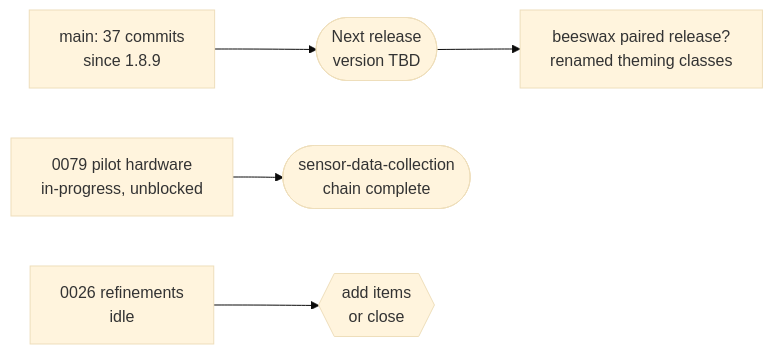
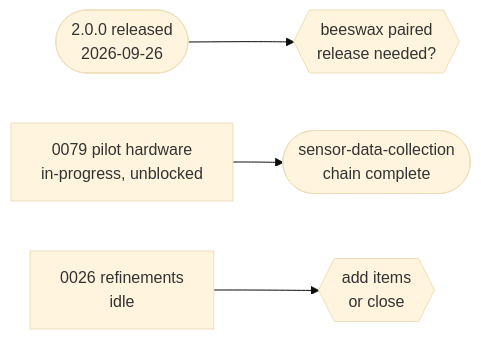
Before and after one commit to deburca/hivelog: the diagram in docs/project-management/roadmap.md, drawn with Mermaid (base theme). The commit also changed other lines of this file, not shown here.

First line of the commit message:
docs(roadmap): correct 0124/0133 release attribution, reflect 2.0.0

````diff
--- a/docs/project-management/roadmap.md
+++ b/docs/project-management/roadmap.md
@@ -133,7 +128,6 @@
 ```mermaid
 flowchart LR
-  Main["main: 37 commits<br/>since 1.8.9"] --> Rel(["Next release<br/>version TBD"])
-  Rel --> Bees["beeswax paired release?<br/>renamed theming classes"]
+  Rel(["2.0.0 released<br/>2026-09-26"]) --> Bees{{"beeswax paired<br/>release needed?"}}
   T79["0079 pilot hardware<br/>in-progress, unblocked"] --> Sensors(["sensor-data-collection<br/>chain complete"])
   T26["0026 refinements<br/>idle"] --> Decide{{"add items<br/>or close"}}
 ```
````
